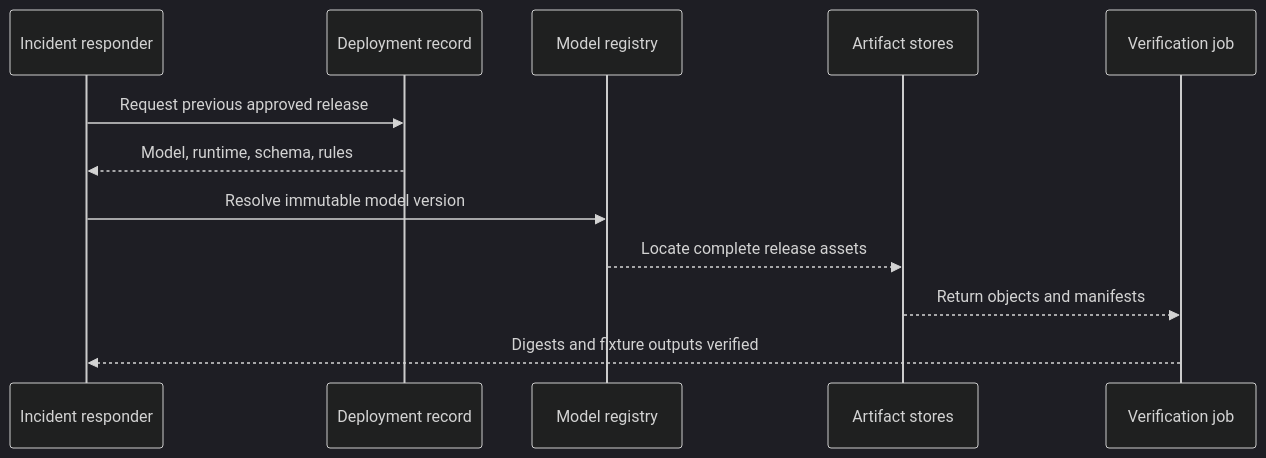
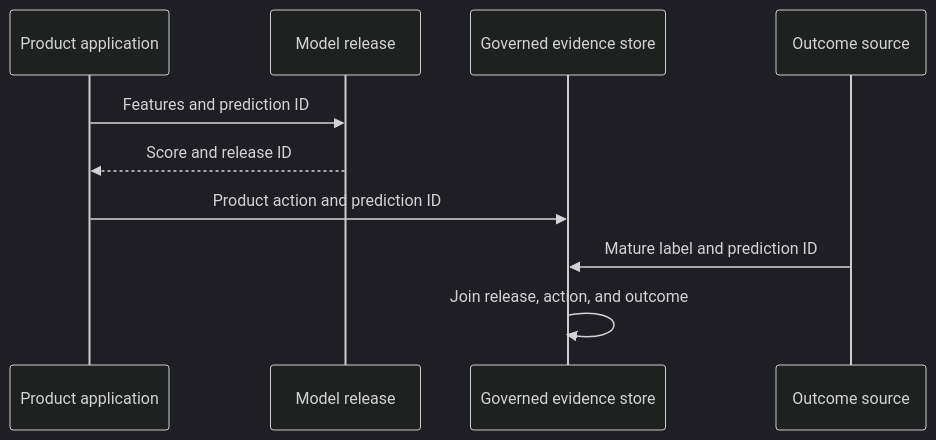
One commit to senlinyy/dev-roadmaps changed the sixth of 7 diagrams in roadmaps/mlops/modules/mlops-foundations/architecture-basics/02-ml-system-assets.md. Above: the diagram before and after it, drawn with Mermaid (dark theme). The commit also changed other lines of this file and 198 other files, not shown here.

````diff
--- a/roadmaps/mlops/modules/mlops-foundations/architecture-basics/02-ml-system-assets.md
+++ b/roadmaps/mlops/modules/mlops-foundations/architecture-basics/02-ml-system-assets.md
@@ -243,14 +408,13 @@
 ```mermaid
 sequenceDiagram
-    participant I as Incident responder
-    participant D as Deployment record
-    participant R as Model registry
-    participant S as Artifact stores
-    participant V as Verification job
-    I->>D: Request previous approved release
-    D-->>I: Model, runtime, schema, rules
-    I->>R: Resolve immutable model version
-    R-->>S: Locate complete release assets
-    S-->>V: Return objects and manifests
-    V-->>I: Digests and fixture outputs verified
+    participant App as Product application
+    participant Model as Model release
+    participant Evidence as Governed evidence store
+    participant Outcome as Outcome source
+
+    App->>Model: Features and prediction ID
+    Model-->>App: Score and release ID
+    App->>Evidence: Product action and prediction ID
+    Outcome->>Evidence: Mature label and prediction ID
+    Evidence->>Evidence: Join release, action, and outcome
 ```
````
